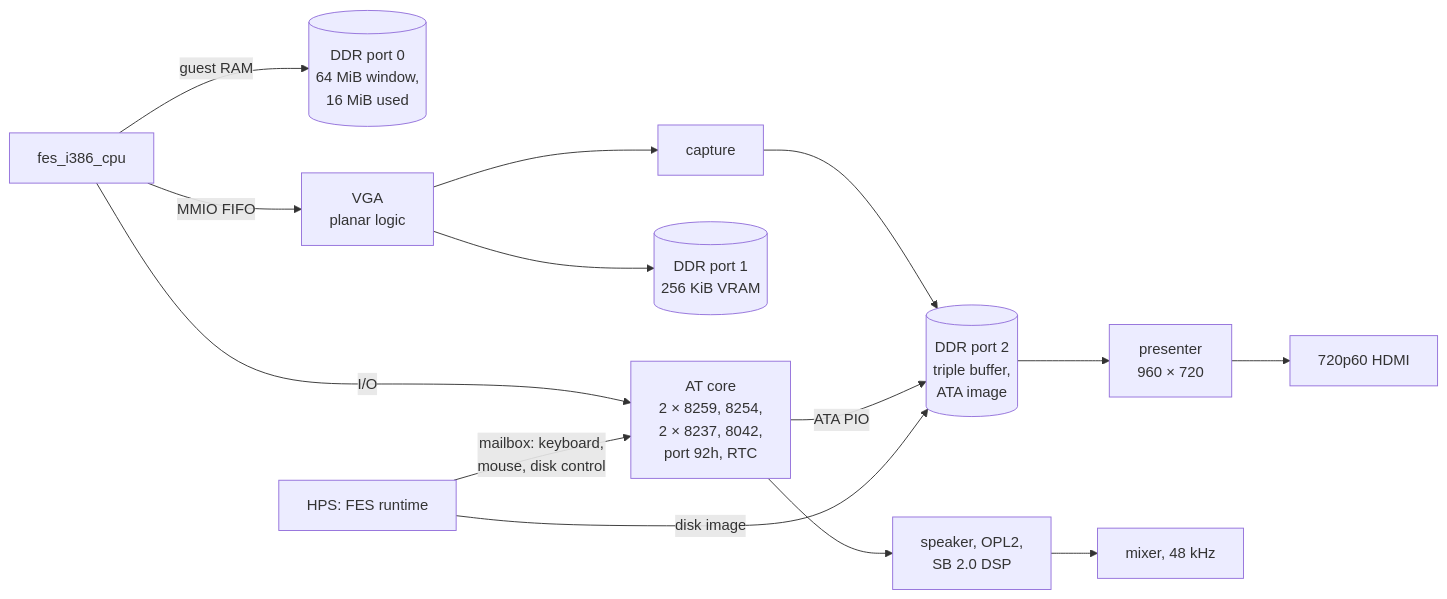
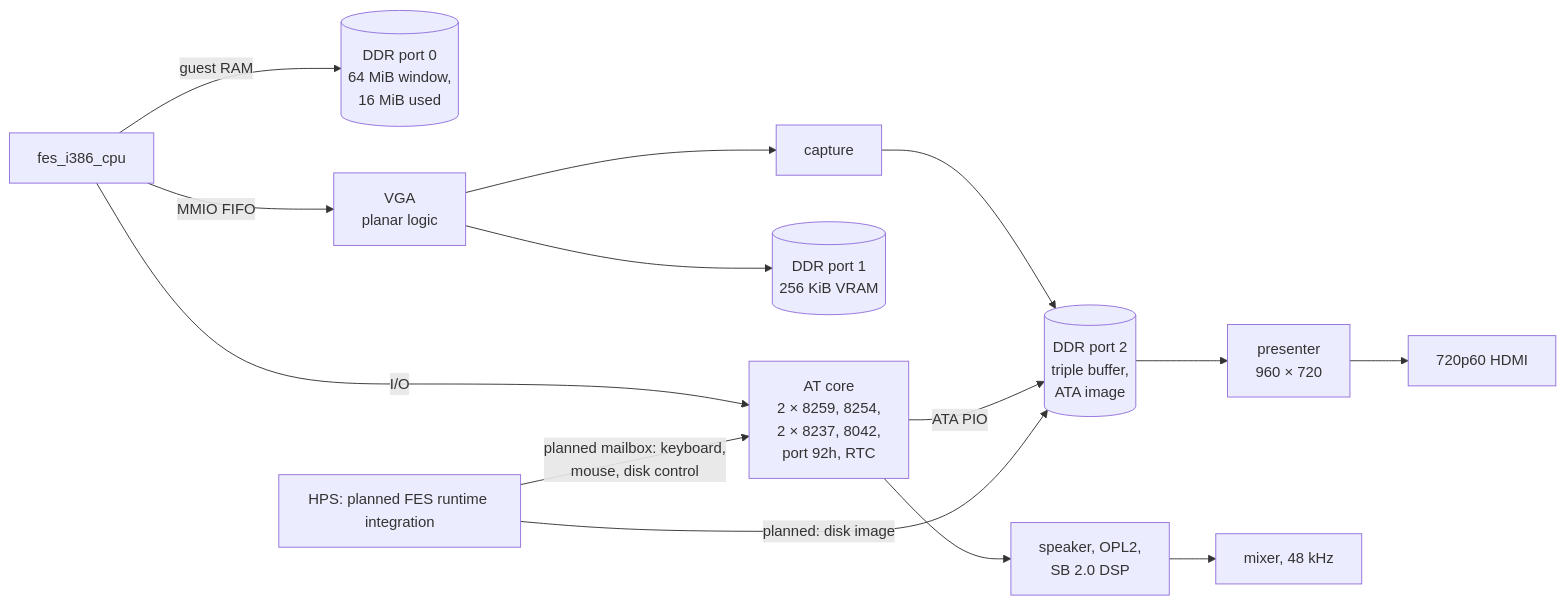
Before and after one commit to DeanoC/fes: the fourth of 4 diagrams in docs/articles/i386-architecture.md, drawn with Mermaid. The commit also changed other lines of this file and 1 other file, not shown here.

Commit message:
Clarify planned pc386 runtime integration

````diff
--- a/docs/articles/i386-architecture.md
+++ b/docs/articles/i386-architecture.md
@@ -541,13 +541,13 @@
 ```mermaid
 flowchart LR
     CPU[fes_i386_cpu] -- guest RAM --> P0[(DDR port 0<br/>64 MiB window,<br/>16 MiB used)]
     CPU -- I/O --> AT[AT core<br/>2 × 8259, 8254,<br/>2 × 8237, 8042,<br/>port 92h, RTC]
     CPU -- MMIO FIFO --> VGA[VGA<br/>planar logic]
     VGA --> P1[(DDR port 1<br/>256 KiB VRAM)]
     VGA --> CAP[capture] --> P2[(DDR port 2<br/>triple buffer,<br/>ATA image)]
     P2 --> PRE[presenter<br/>960 × 720] --> HDMI[720p60 HDMI]
     AT --> SND[speaker, OPL2,<br/>SB 2.0 DSP] --> MIX[mixer, 48 kHz]
     AT -- ATA PIO --> P2
-    HPS[HPS: FES runtime] -- disk image --> P2
-    HPS -- mailbox: keyboard,<br/>mouse, disk control --> AT
+    HPS[HPS: planned FES runtime integration] -- planned: disk image --> P2
+    HPS -- planned mailbox: keyboard,<br/>mouse, disk control --> AT
 ```
````
